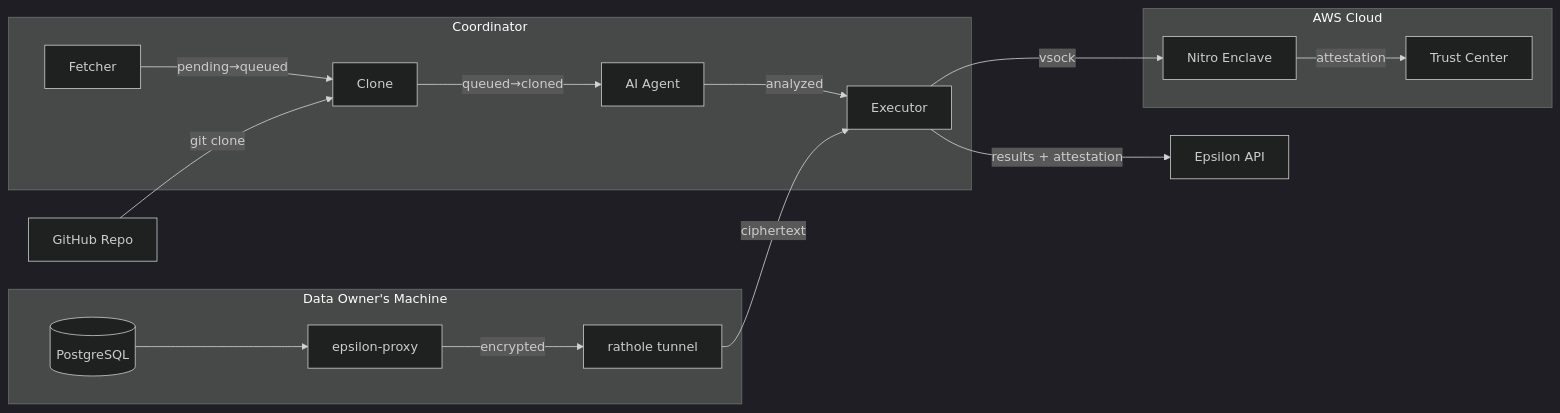
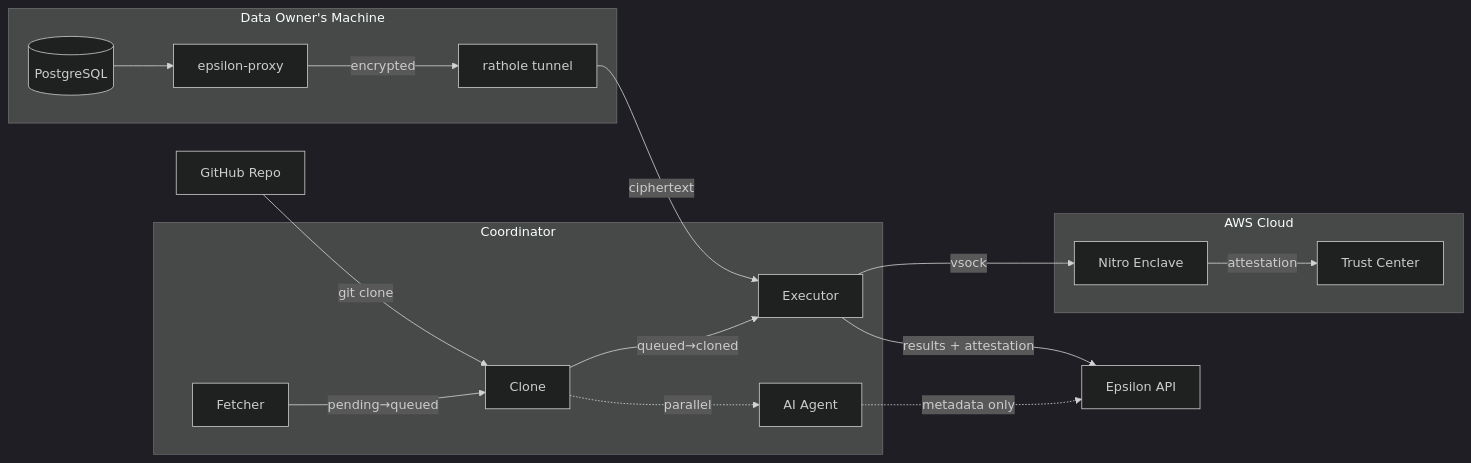
One commit to Epsilon-Data/coordinator changed the first of 5 diagrams in README.md. Above: the diagram before and after it, drawn with Mermaid (dark theme).

Commit message:
docs: fix overall pipeline diagram - AI agent runs in parallel

````diff
--- a/README.md
+++ b/README.md
@@ -134,22 +134,23 @@
 ```mermaid
 flowchart LR
     subgraph Coordinator
         F[Fetcher] -->|pending→queued| C[Clone]
-        C -->|queued→cloned| AI[AI Agent]
-        AI -->|analyzed| E[Executor]
+        C -->|queued→cloned| E[Executor]
+        C -.->|parallel| AI[AI Agent]
     end
 
     subgraph "Data Owner's Machine"
         DB[(PostgreSQL)] --> P[epsilon-proxy]
         P -->|encrypted| RT[rathole tunnel]
     end
 
     subgraph "AWS Cloud"
         RT -->|ciphertext| E
         E -->|vsock| EN[Nitro Enclave]
         EN -->|attestation| TC[Trust Center]
     end
 
     GH[GitHub Repo] -->|git clone| C
     E -->|results + attestation| API[Epsilon API]
+    AI -.->|metadata only| API
 ```
````
